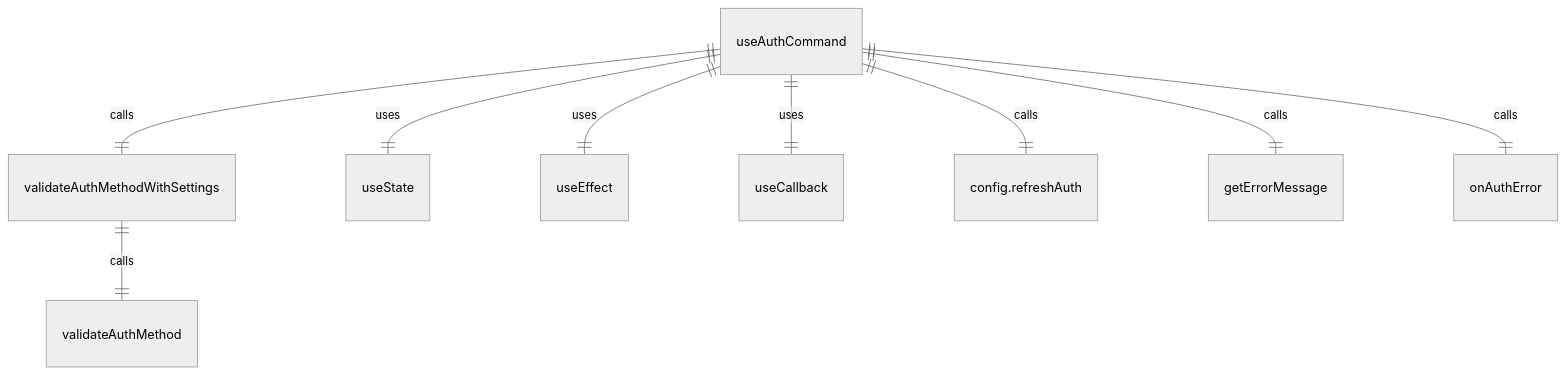
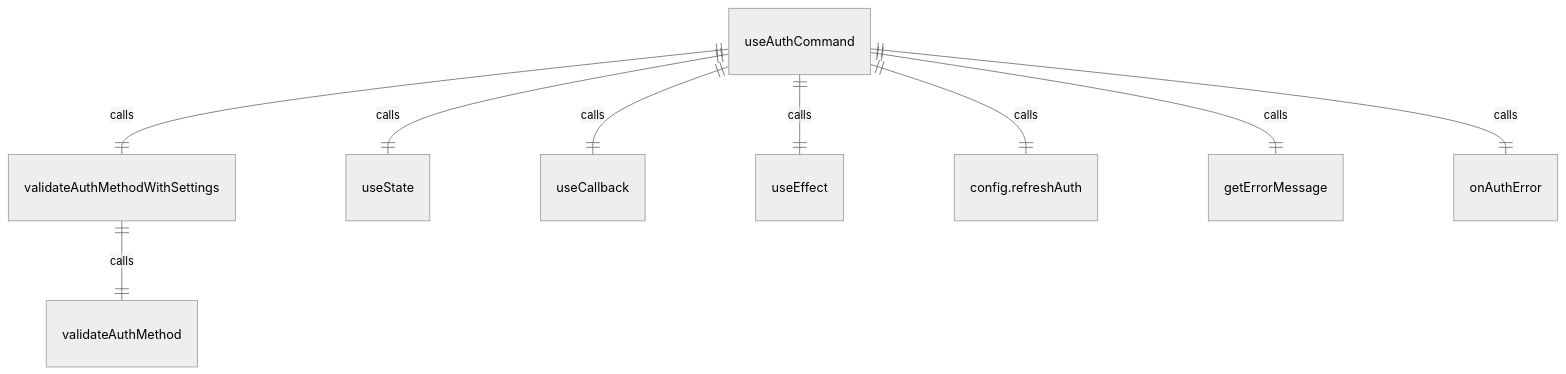
Before and after one commit to Joker-of-Gotham/AI-CLI: the first of 2 diagrams in documentation/packages/cli/src/ui/auth/useAuth.ts.md, drawn with Mermaid (neutral theme). The commit also changed other lines of this file and 127 other files, not shown here.

Commit message:
add graph view of all the project

````diff
--- a/documentation/packages/cli/src/ui/auth/useAuth.ts.md
+++ b/documentation/packages/cli/src/ui/auth/useAuth.ts.md
@@ -58,11 +37,11 @@
 ```mermaid
 erDiagram
     validateAuthMethodWithSettings ||--|| validateAuthMethod : calls
-    useAuthCommand ||--|| useState : uses
-    useAuthCommand ||--|| useEffect : uses
-    useAuthCommand ||--|| useCallback : uses
+    useAuthCommand ||--|| useState : calls
+    useAuthCommand ||--|| useCallback : calls
+    useAuthCommand ||--|| useEffect : calls
     useAuthCommand ||--|| validateAuthMethodWithSettings : calls
     useAuthCommand ||--|| config.refreshAuth : calls
     useAuthCommand ||--|| getErrorMessage : calls
     useAuthCommand ||--|| onAuthError : calls
 ```
````
